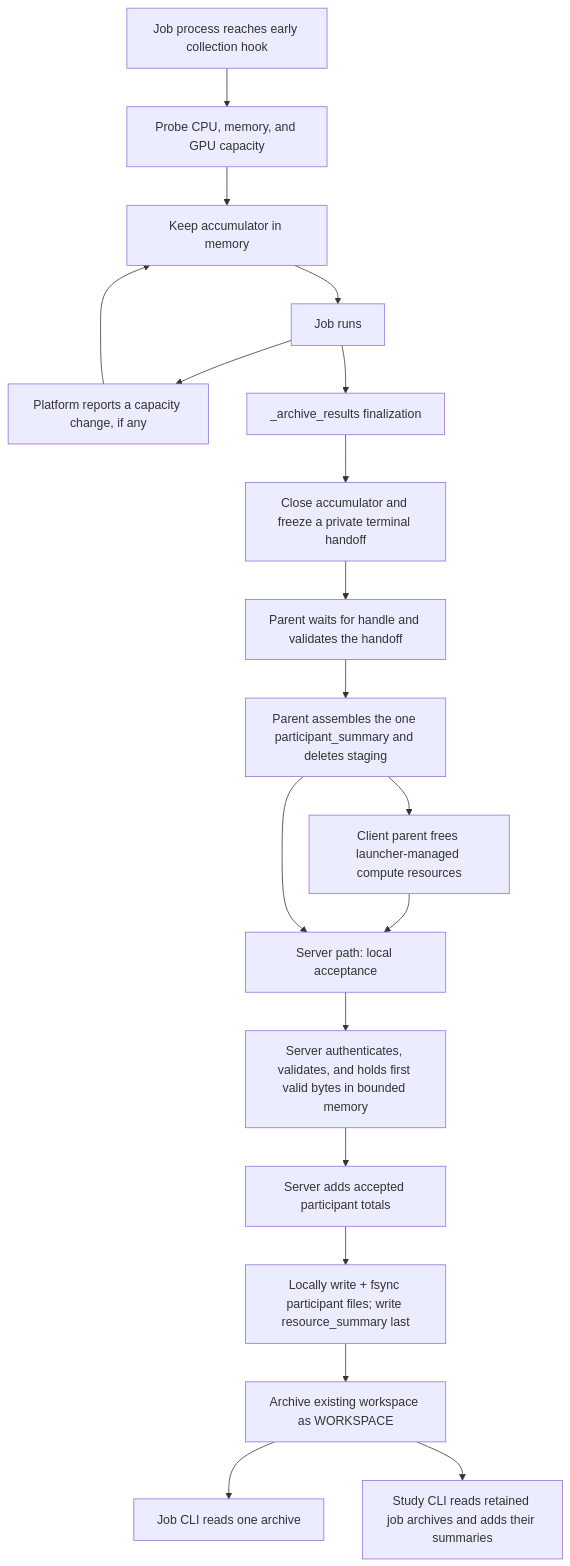
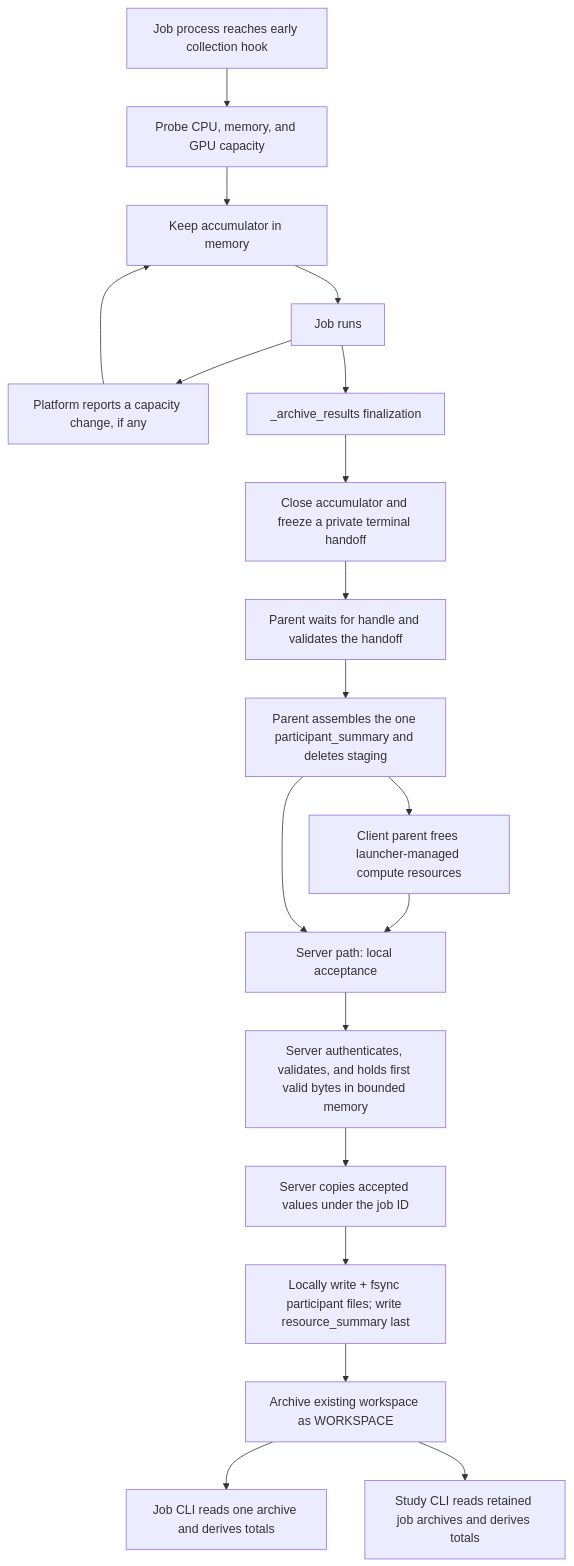
The diagram in docs/design/job_resource_statistics_implementation_plan.md (nvkevlu/NVFlare), drawn with Mermaid before and after one commit. The commit also changed other lines of this file and 156 other files, not shown here.

````diff
--- a/docs/design/job_resource_statistics_implementation_plan.md
+++ b/docs/design/job_resource_statistics_implementation_plan.md
@@ -113,22 +136,22 @@
 ```mermaid
 flowchart TD
     A[Job process reaches early collection hook]
     A --> B[Probe CPU, memory, and GPU capacity]
     B --> C[Keep accumulator in memory]
     C --> D[Job runs]
     D --> E[Platform reports a capacity change, if any]
     E --> C
     D --> F[_archive_results finalization]
     F --> G[Close accumulator and freeze a private terminal handoff]
     G --> H[Parent waits for handle and validates the handoff]
     H --> I[Parent assembles the one participant_summary and deletes staging]
     I --> R[Client parent frees launcher-managed compute resources]
     R --> J[Client path: send exact bytes and outcome]
     I --> J[Server path: local acceptance]
     J --> K[Server authenticates, validates, and holds first valid bytes in bounded memory]
-    K --> L[Server adds accepted participant totals]
+    K --> L[Server copies accepted values under the job ID]
     L --> M[Locally write + fsync participant files; write resource_summary last]
     M --> N[Archive existing workspace as WORKSPACE]
-    N --> O[Job CLI reads one archive]
-    N --> Q[Study CLI reads retained job archives and adds their summaries]
+    N --> O[Job CLI reads one archive and derives totals]
+    N --> Q[Study CLI reads retained job archives and derives totals]
 ```
````
